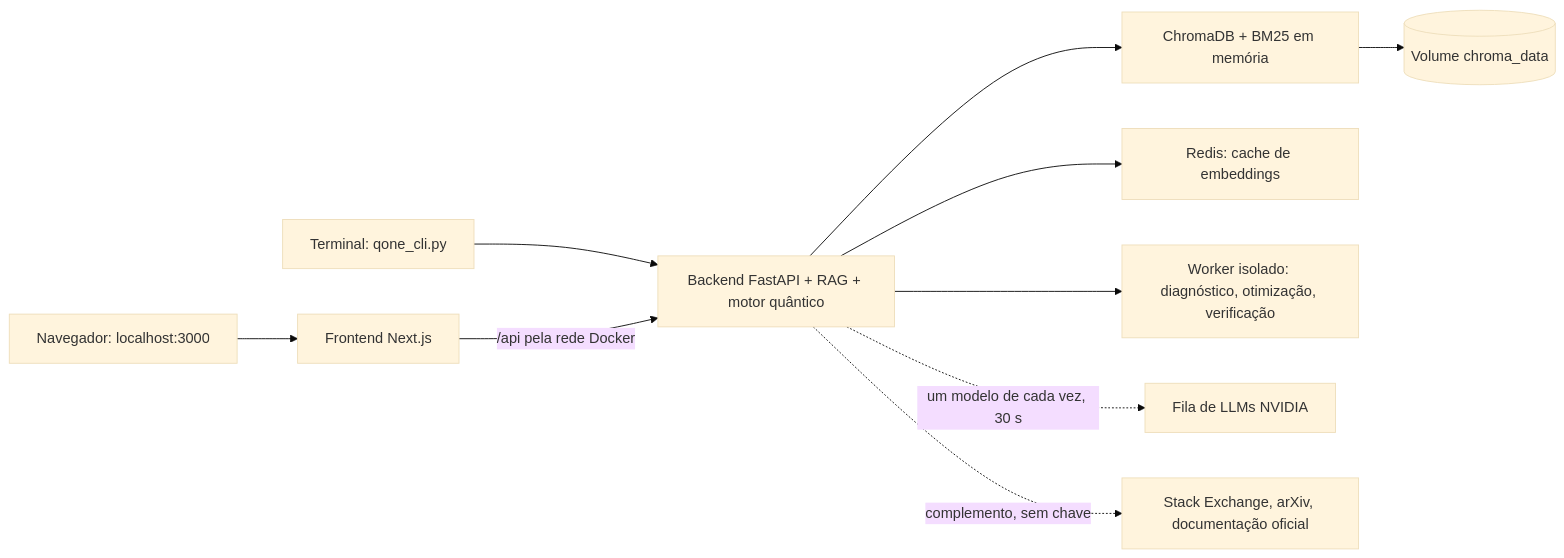
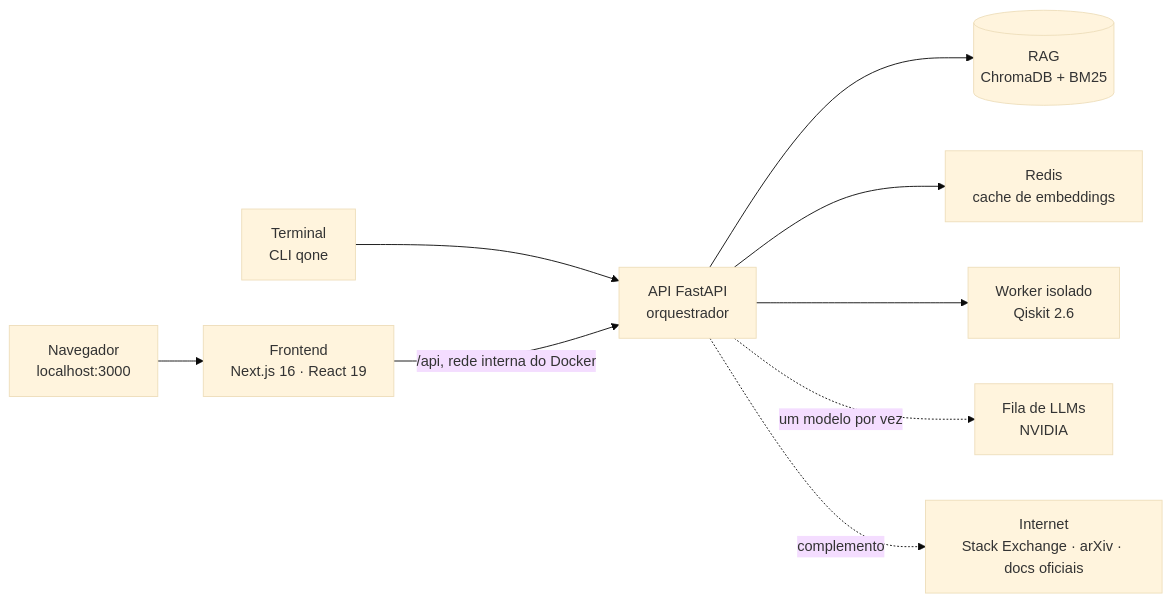
The diagram in README.md (vladtairovic/QuantumOne-atual), drawn with Mermaid (base theme) before and after one commit. The commit also changed other lines of this file and 72 other files, not shown here.

First line of the commit message:
feat: versão final do QuantumOne com RAG profissional, respostas por nível e análise resiliente

````diff
--- a/README.md
+++ b/README.md
@@ -114,12 +205,11 @@
 ```mermaid
 flowchart LR
- U[Navegador: localhost:3000] --> F[Frontend Next.js]
- T[Terminal: qone_cli.py] --> A
- F -->|/api pela rede Docker| A[Backend FastAPI + RAG + motor quântico]
- A --> C[ChromaDB + BM25 em memória]
- C --> V[(Volume chroma_data)]
- A --> R[Redis: cache de embeddings]
- A --> W[Worker isolado: diagnóstico, otimização, verificação]
- A -.->|um modelo de cada vez, 30 s| G[Fila de LLMs NVIDIA]
- A -.->|complemento, sem chave| P[Stack Exchange, arXiv, documentação oficial]
+  U[Navegador<br/>localhost:3000] --> F[Frontend<br/>Next.js 16 · React 19]
+  T[Terminal<br/>CLI qone] --> A
+  F -->|/api, rede interna do Docker| A[API FastAPI<br/>orquestrador]
+  A --> R[(RAG<br/>ChromaDB + BM25)]
+  A --> K[Redis<br/>cache de embeddings]
+  A --> W[Worker isolado<br/>Qiskit 2.6]
+  A -.->|um modelo por vez| L[Fila de LLMs<br/>NVIDIA]
+  A -.->|complemento| P[Internet<br/>Stack Exchange · arXiv · docs oficiais]
 ```
````
